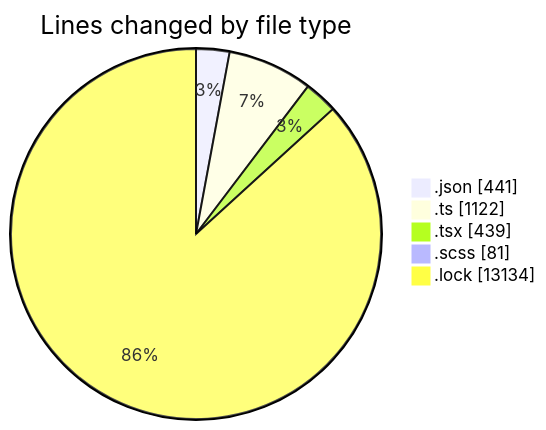
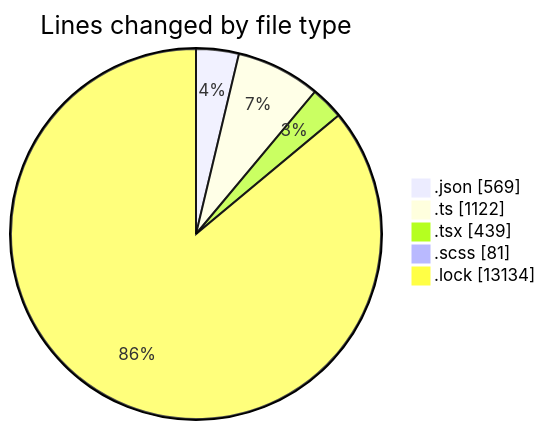
One commit to momahboobian/code-tracking changed the first of 2 diagrams in 2025-05-09/cda/README.md. Above: the diagram before and after it, drawn with Mermaid. The commit also changed other lines of this file and 1 other file, not shown here.

````diff
--- a/2025-05-09/cda/README.md
+++ b/2025-05-09/cda/README.md
@@ -32,9 +34,9 @@
 ```mermaid
 pie showData
 title Lines changed by file type
-".json" : 441
+".json" : 569
 ".ts" : 1122
 ".tsx" : 439
 ".scss" : 81
 ".lock" : 13134
 ```
````
